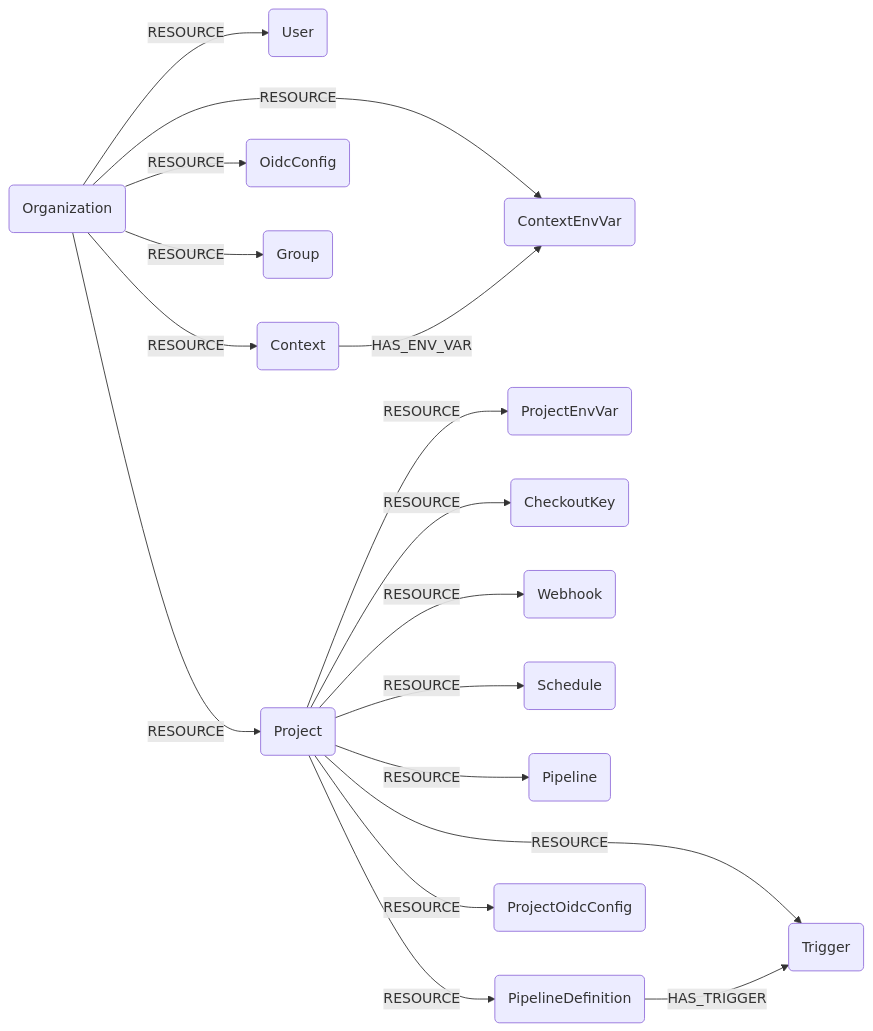
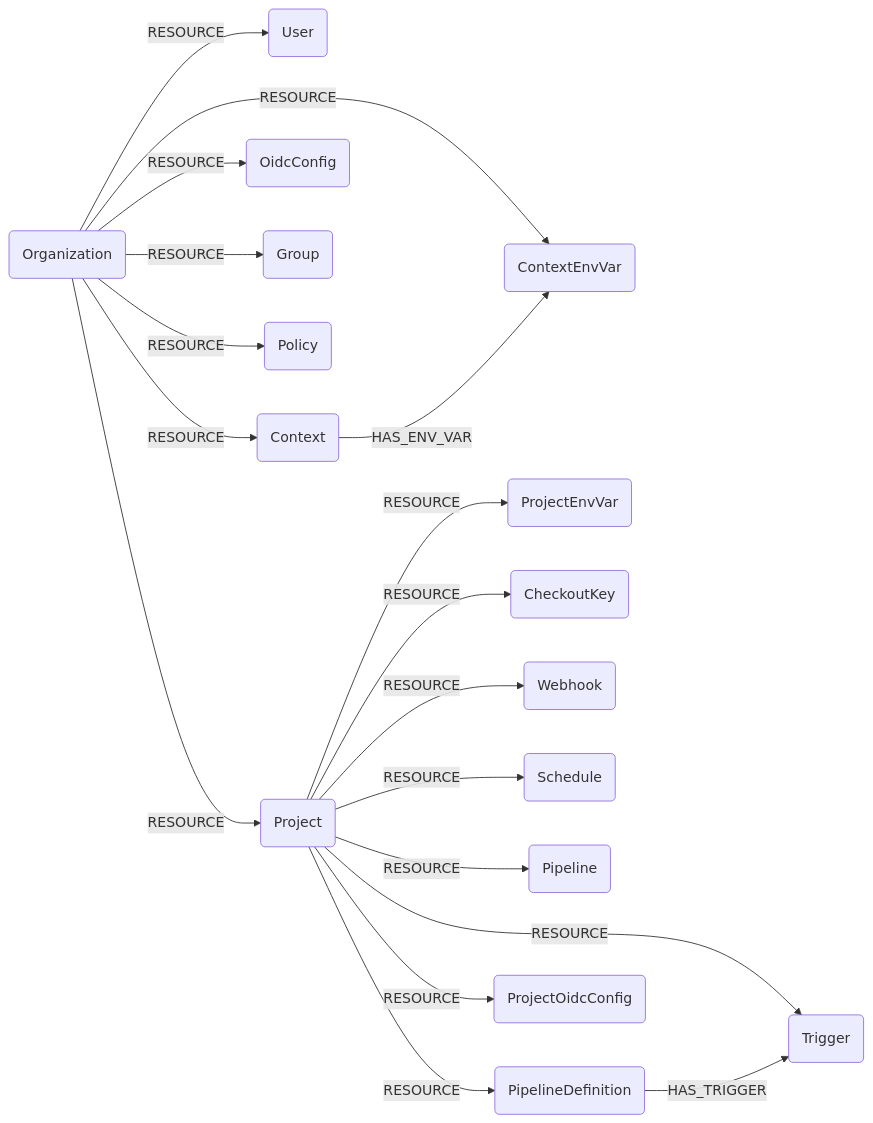
One commit to cartography-cncf/cartography changed the diagram in docs/root/modules/circleci/schema.md. Above: the diagram before and after it, drawn with Mermaid. The commit also changed other lines of this file and 5 other files, not shown here.

````diff
--- a/docs/root/modules/circleci/schema.md
+++ b/docs/root/modules/circleci/schema.md
@@ -3,19 +3,20 @@
 ```mermaid
 graph LR
 O(Organization) -- RESOURCE --> U(User)
 O -- RESOURCE --> C(Context)
 O -- RESOURCE --> CEV(ContextEnvVar)
 C -- HAS_ENV_VAR --> CEV
 O -- RESOURCE --> OIDC(OidcConfig)
 O -- RESOURCE --> G(Group)
+O -- RESOURCE --> POL(Policy)
 O -- RESOURCE --> P(Project)
 P -- RESOURCE --> PEV(ProjectEnvVar)
 P -- RESOURCE --> CK(CheckoutKey)
 P -- RESOURCE --> W(Webhook)
 P -- RESOURCE --> S(Schedule)
 P -- RESOURCE --> PL(Pipeline)
 P -- RESOURCE --> PD(PipelineDefinition)
 P -- RESOURCE --> TR(Trigger)
 P -- RESOURCE --> POIDC(ProjectOidcConfig)
 PD -- HAS_TRIGGER --> TR
 ```
````
